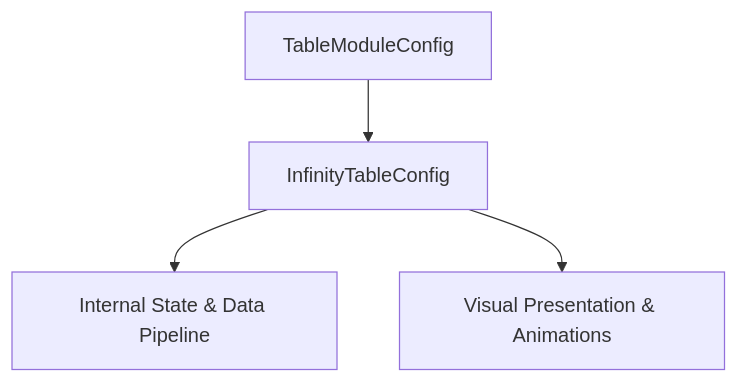
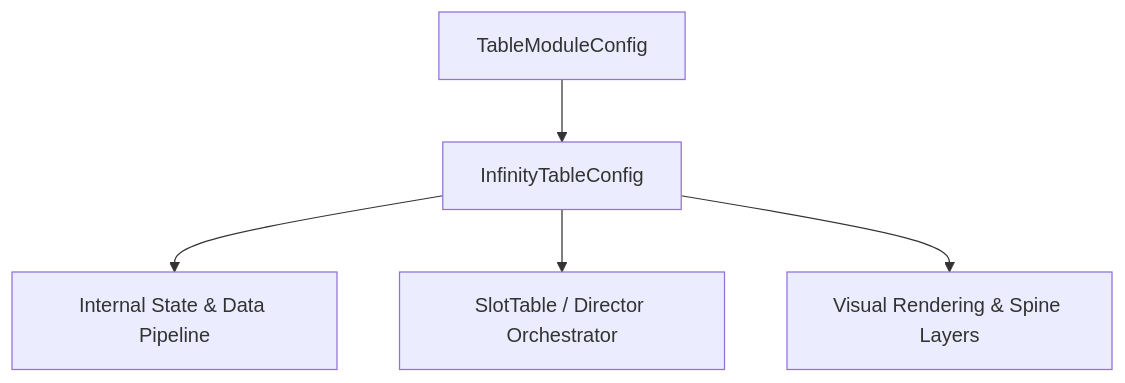
One commit to lam-ark/mcp-fwcc changed the diagram in docs/cc_slot_mechanics/modules/InfinityTableConfig/01_overview/01_architecture_and_role.md. Above: the diagram before and after it, drawn with Mermaid. The commit also changed other lines of this file and 2509 other files, not shown here.

````diff
--- a/docs/cc_slot_mechanics/modules/InfinityTableConfig/01_overview/01_architecture_and_role.md
+++ b/docs/cc_slot_mechanics/modules/InfinityTableConfig/01_overview/01_architecture_and_role.md
@@ -18,6 +24,7 @@
 ```mermaid
 graph TD
-    Parent[TableModuleConfig] --> Mod[InfinityTableConfig]
-    Mod --> State[Internal State & Data Pipeline]
-    Mod --> Render[Visual Presentation & Animations]
+    SuperClass[TableModuleConfig] --> TargetClass[InfinityTableConfig]
+    TargetClass --> DataPipeline[Internal State & Data Pipeline]
+    TargetClass --> Orchestrator[SlotTable / Director Orchestrator]
+    TargetClass --> ViewLayer[Visual Rendering & Spine Layers]
 ```
````
